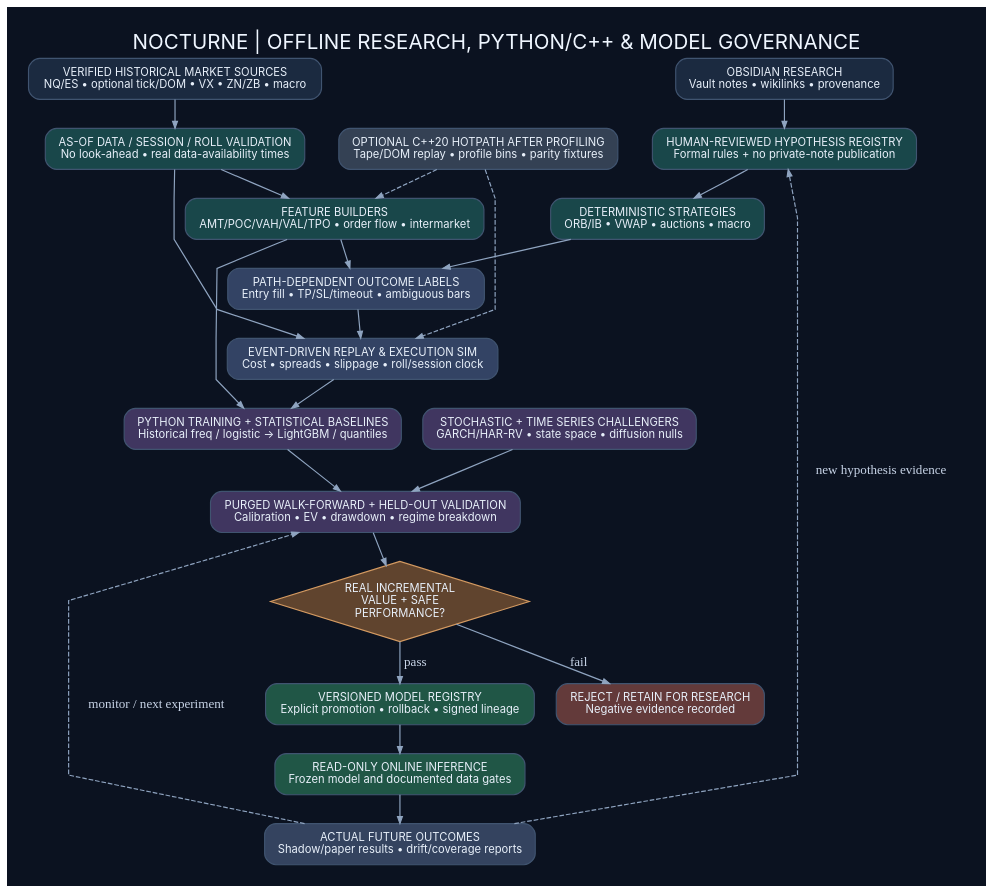
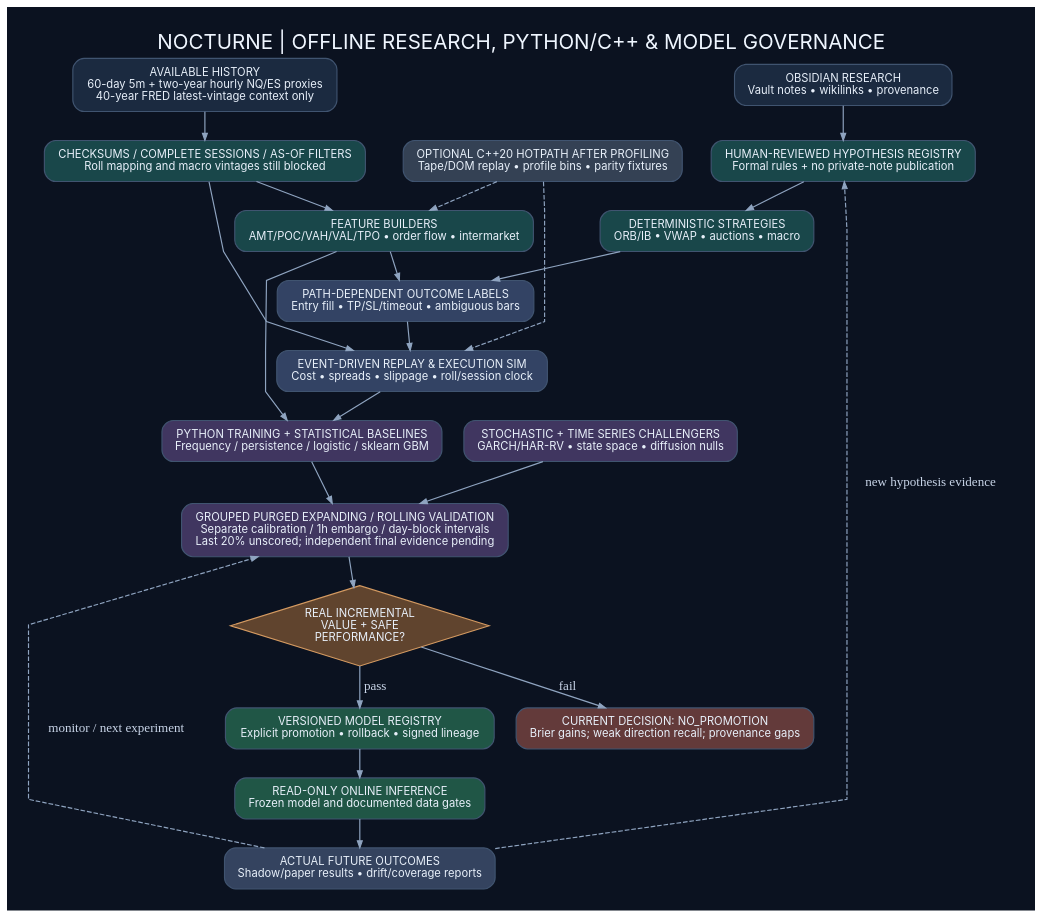
The diagram in docs/architecture/diagrams/03_research_training.dot (AllGASSNOBREAKSS/nocturne-futures), drawn with Graphviz before and after one commit. The commit also changed 91 other files, not shown here.

Commit message:
feat(phase3d): expand historical context and purged forecasting research

```diff
--- a/docs/architecture/diagrams/03_research_training.dot
+++ b/docs/architecture/diagrams/03_research_training.dot
@@ -1,28 +1,28 @@
 digraph Research {
   graph [rankdir=TB, splines=polyline, bgcolor="#0b1220", pad="0.32", nodesep="0.32", ranksep="0.42", fontname="Inter", label="NOCTURNE | OFFLINE RESEARCH, PYTHON/C++ & MODEL GOVERNANCE", labelloc="t", fontsize=22, fontcolor="#eff6ff"];
   node [shape=box, style="filled,rounded", fontname="Inter", fontsize=12, color="#405470", fillcolor="#1b2a40", fontcolor="#e8f0fa", penwidth=1.2, margin="0.19,0.13"];
   edge [color="#8fa4c0", arrowsize=0.75, penwidth=1.25];
   vault [label="OBSIDIAN RESEARCH\nVault notes • wikilinks • provenance"];
-  data [label="VERIFIED HISTORICAL MARKET SOURCES\nNQ/ES • optional tick/DOM • VX • ZN/ZB • macro"];
+  data [label="AVAILABLE HISTORY\n60-day 5m + two-year hourly NQ/ES proxies\n40-year FRED latest-vintage context only"];
   review [label="HUMAN-REVIEWED HYPOTHESIS REGISTRY\nFormal rules + no private-note publication", fillcolor="#19474a"];
-  clean [label="AS-OF DATA / SESSION / ROLL VALIDATION\nNo look-ahead • real data-availability times", fillcolor="#19474a"];
+  clean [label="CHECKSUMS / COMPLETE SESSIONS / AS-OF FILTERS\nRoll mapping and macro vintages still blocked", fillcolor="#19474a"];
   feature [label="FEATURE BUILDERS\nAMT/POC/VAH/VAL/TPO • order flow • intermarket", fillcolor="#19474a"];
   rules [label="DETERMINISTIC STRATEGIES\nORB/IB • VWAP • auctions • macro", fillcolor="#19474a"];
   labels [label="PATH-DEPENDENT OUTCOME LABELS\nEntry fill • TP/SL/timeout • ambiguous bars", fillcolor="#334364"];
   backtest [label="EVENT-DRIVEN REPLAY & EXECUTION SIM\nCost • spreads • slippage • roll/session clock", fillcolor="#334364"];
-  train [label="PYTHON TRAINING + STATISTICAL BASELINES\nHistorical freq / logistic → LightGBM / quantiles", fillcolor="#403660"];
+  train [label="PYTHON TRAINING + STATISTICAL BASELINES\nFrequency / persistence / logistic / sklearn GBM", fillcolor="#403660"];
   math [label="STOCHASTIC + TIME SERIES CHALLENGERS\nGARCH/HAR-RV • state space • diffusion nulls", fillcolor="#403660"];
-  test [label="PURGED WALK-FORWARD + HELD-OUT VALIDATION\nCalibration • EV • drawdown • regime breakdown", fillcolor="#403660"];
+  test [label="GROUPED PURGED EXPANDING / ROLLING VALIDATION\nSeparate calibration / 1h embargo / day-block intervals\nLast 20% unscored; independent final evidence pending", fillcolor="#403660"];
   native [label="OPTIONAL C++20 HOTPATH AFTER PROFILING\nTape/DOM replay • profile bins • parity fixtures", fillcolor="#344154"];
   decide [shape=diamond, style="filled", label="REAL INCREMENTAL\nVALUE + SAFE\nPERFORMANCE?", fillcolor="#60442e", color="#d49a61", width=2.5, height=1.2];
   promote [label="VERSIONED MODEL REGISTRY\nExplicit promotion • rollback • signed lineage", fillcolor="#205646"];
-  reject [label="REJECT / RETAIN FOR RESEARCH\nNegative evidence recorded", fillcolor="#633a3a"];
+  reject [label="CURRENT DECISION: NO_PROMOTION\nBrier gains; weak direction recall; provenance gaps", fillcolor="#633a3a"];
   forecast [label="READ-ONLY ONLINE INFERENCE\nFrozen model and documented data gates", fillcolor="#205646"];
   outcome [label="ACTUAL FUTURE OUTCOMES\nShadow/paper results • drift/coverage reports", fillcolor="#34435f"];
   vault -> review -> rules; data -> clean -> feature; clean -> backtest; feature -> labels; rules -> labels; labels -> backtest;
   feature -> train; backtest -> train; train -> test; math -> test;
   native -> backtest [style=dashed]; native -> feature [style=dashed];
   test -> decide; decide -> promote [label="pass", fontcolor="#c9d5e8"]; decide -> reject [label="fail", fontcolor="#c9d5e8"];
   promote -> forecast -> outcome; outcome -> review [style=dashed, label="new hypothesis evidence", fontcolor="#c9d5e8"];
   outcome -> test [style=dashed, label="monitor / next experiment", fontcolor="#c9d5e8"];
 }
```
